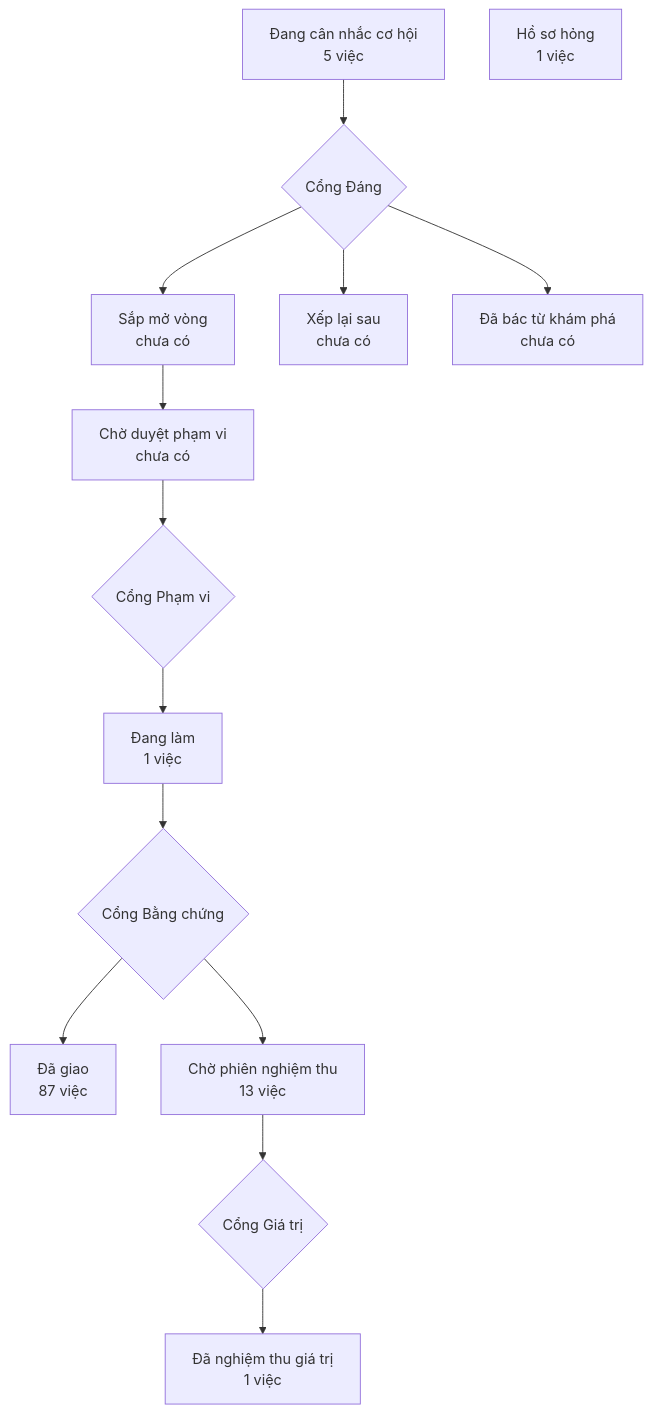
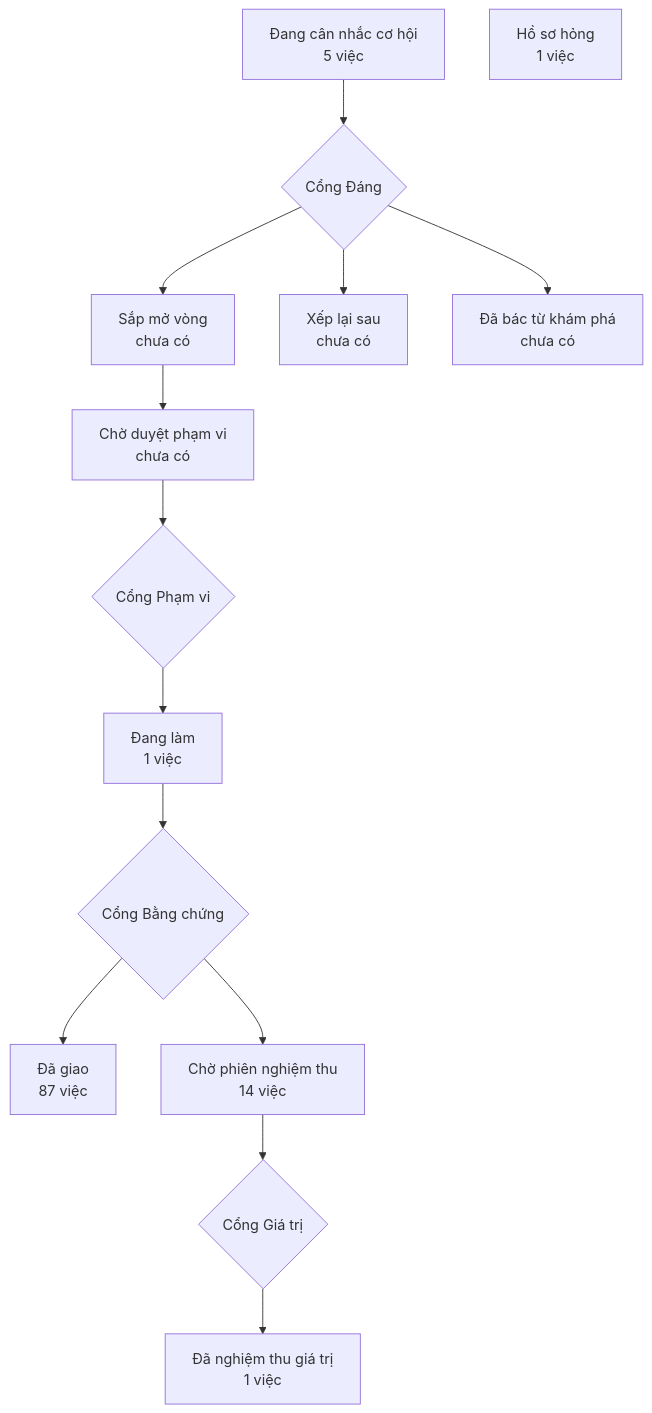
The diagram in PRODUCT-MAP.md (phanlemanh/crm-onehub), drawn with Mermaid before and after one commit.

Commit message:
chore: vẽ lại bản đồ sản phẩm sau gộp onehub 40d423bb

````diff
--- a/PRODUCT-MAP.md
+++ b/PRODUCT-MAP.md
@@ -6,13 +6,13 @@
 ```mermaid
 flowchart TD
   A["Đang cân nhắc cơ hội<br/>5 việc"] --> GD{"Cổng Đáng"}
   GD --> B["Sắp mở vòng<br/>chưa có"]
   GD --> XL["Xếp lại sau<br/>chưa có"]
   GD --> DB["Đã bác từ khám phá<br/>chưa có"]
   B --> CD["Chờ duyệt phạm vi<br/>chưa có"] --> GP{"Cổng Phạm vi"}
   GP --> DL["Đang làm<br/>1 việc"] --> GB{"Cổng Bằng chứng"}
   GB --> DG["Đã giao<br/>87 việc"]
-  GB --> CN["Chờ phiên nghiệm thu<br/>13 việc"] --> GG{"Cổng Giá trị"}
+  GB --> CN["Chờ phiên nghiệm thu<br/>14 việc"] --> GG{"Cổng Giá trị"}
   GG --> NT["Đã nghiệm thu giá trị<br/>1 việc"]
   HS["Hồ sơ hỏng<br/>1 việc"]
 ```
````
